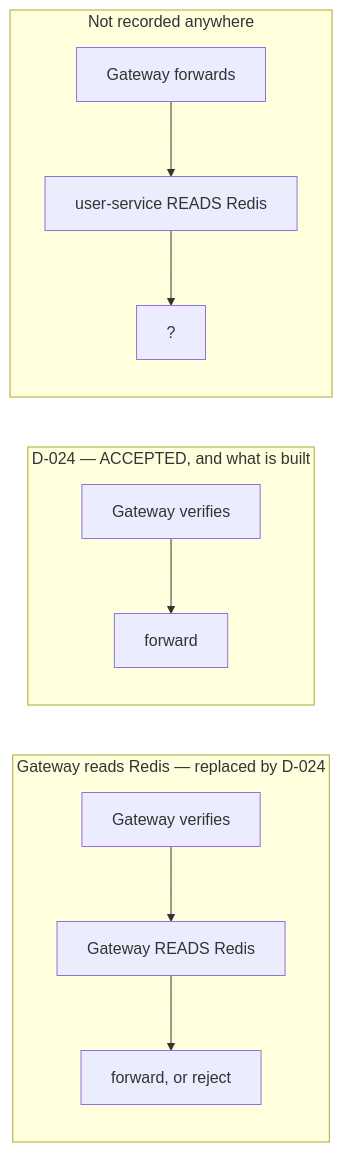
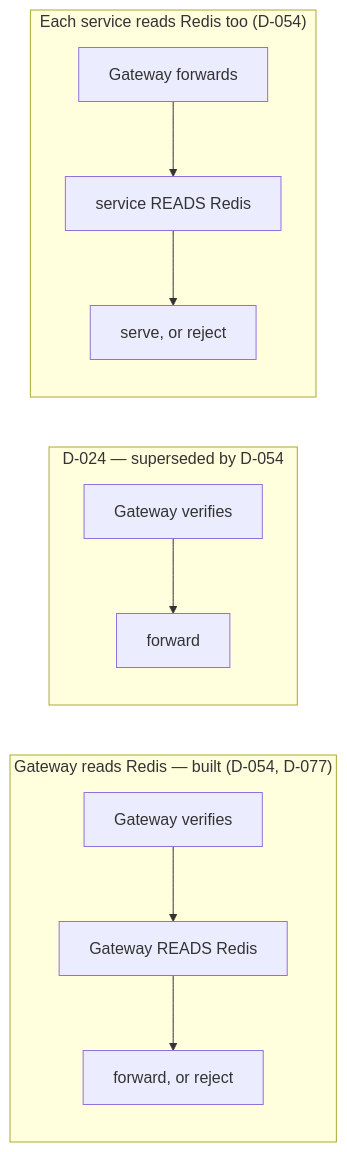
The sixth of 6 diagrams in ai/decisions/architecture.md (AY2627S1-CS3219-P2/FoC), drawn with Mermaid before and after one commit. The commit also changed other lines of this file and 23 other files, not shown here.

````diff
--- a/ai/decisions/architecture.md
+++ b/ai/decisions/architecture.md
@@ -260,15 +273,15 @@
 ```mermaid
 flowchart LR
-    subgraph A["Gateway reads Redis — replaced by D-024"]
+    subgraph A["Gateway reads Redis — built (D-054, D-077)"]
         direction TB
         A1["Gateway verifies"] --> A2["Gateway READS Redis"] --> A3["forward, or reject"]
     end
-    subgraph B["D-024 — ACCEPTED, and what is built"]
+    subgraph B["D-024 — superseded by D-054"]
         direction TB
         B1["Gateway verifies"] --> B3["forward"]
     end
-    subgraph C["Not recorded anywhere"]
+    subgraph C["Each service reads Redis too (D-054)"]
         direction TB
-        C1["Gateway forwards"] --> C2["user-service READS Redis"] --> C3["?"]
+        C1["Gateway forwards"] --> C2["service READS Redis"] --> C3["serve, or reject"]
     end
 ```
````
